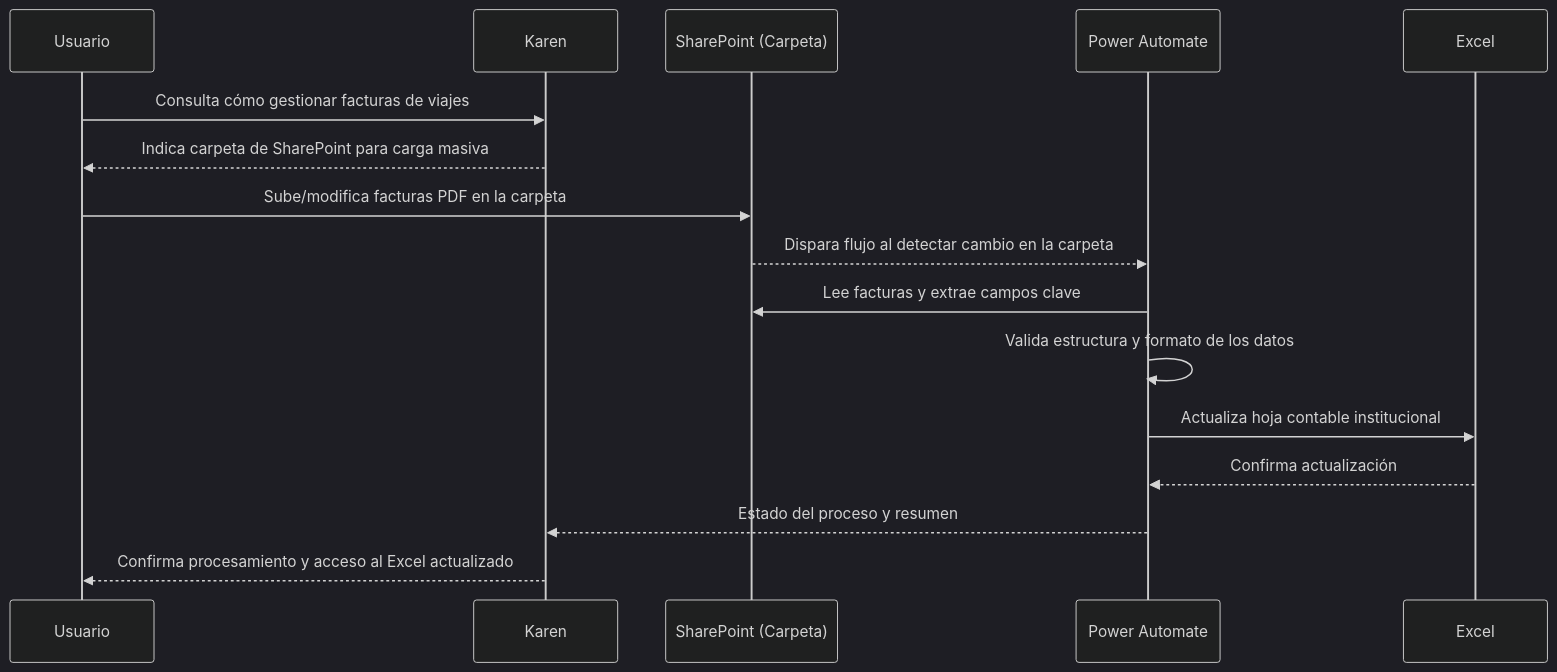
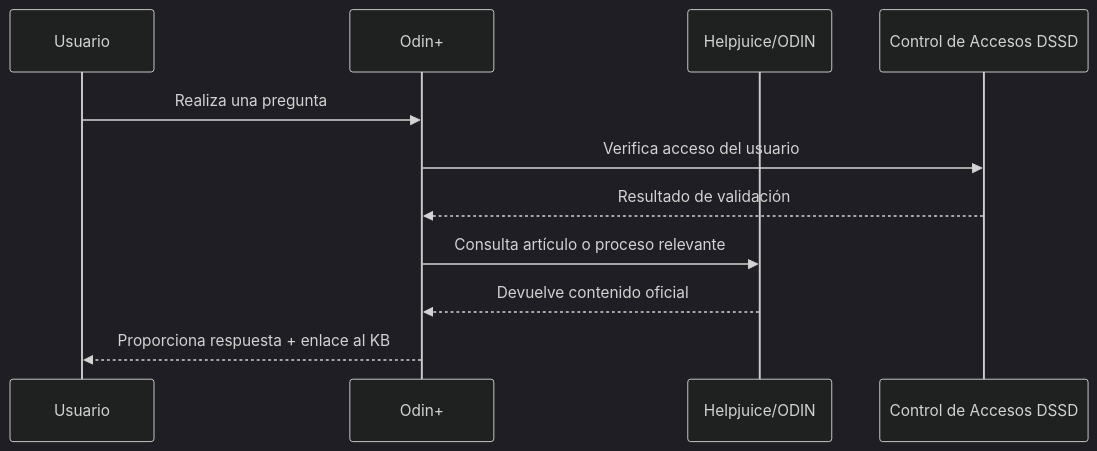
The second of 2 diagrams in README.md (lab-innovacion-caf/Agentes), drawn with Mermaid (dark theme) before and after one commit. The commit also changed other lines of this file, not shown here.

````diff
--- a/README.md
+++ b/README.md
@@ -107,19 +127,14 @@
 ```mermaid
 sequenceDiagram
     participant Usuario
-    participant Karen
-    participant SP as SharePoint (Carpeta)
-    participant PA as Power Automate
-    participant Excel
+    participant Odin as Odin+
+    participant KB as Helpjuice/ODIN
+    participant Permisos as Control de Accesos DSSD
 
-    Usuario->>Karen: Consulta cómo gestionar facturas de viajes
-    Karen-->>Usuario: Indica carpeta de SharePoint para carga masiva
-    Usuario->>SP: Sube/modifica facturas PDF en la carpeta
-    SP-->>PA: Dispara flujo al detectar cambio en la carpeta
-    PA->>SP: Lee facturas y extrae campos clave
-    PA->>PA: Valida estructura y formato de los datos
-    PA->>Excel: Actualiza hoja contable institucional
-    Excel-->>PA: Confirma actualización
-    PA-->>Karen: Estado del proceso y resumen
-    Karen-->>Usuario: Confirma procesamiento y acceso al Excel actualizado
+    Usuario->>Odin: Realiza una pregunta
+    Odin->>Permisos: Verifica acceso del usuario
+    Permisos-->>Odin: Resultado de validación
+    Odin->>KB: Consulta artículo o proceso relevante
+    KB-->>Odin: Devuelve contenido oficial
+    Odin-->>Usuario: Proporciona respuesta + enlace al KB
 ```
````
